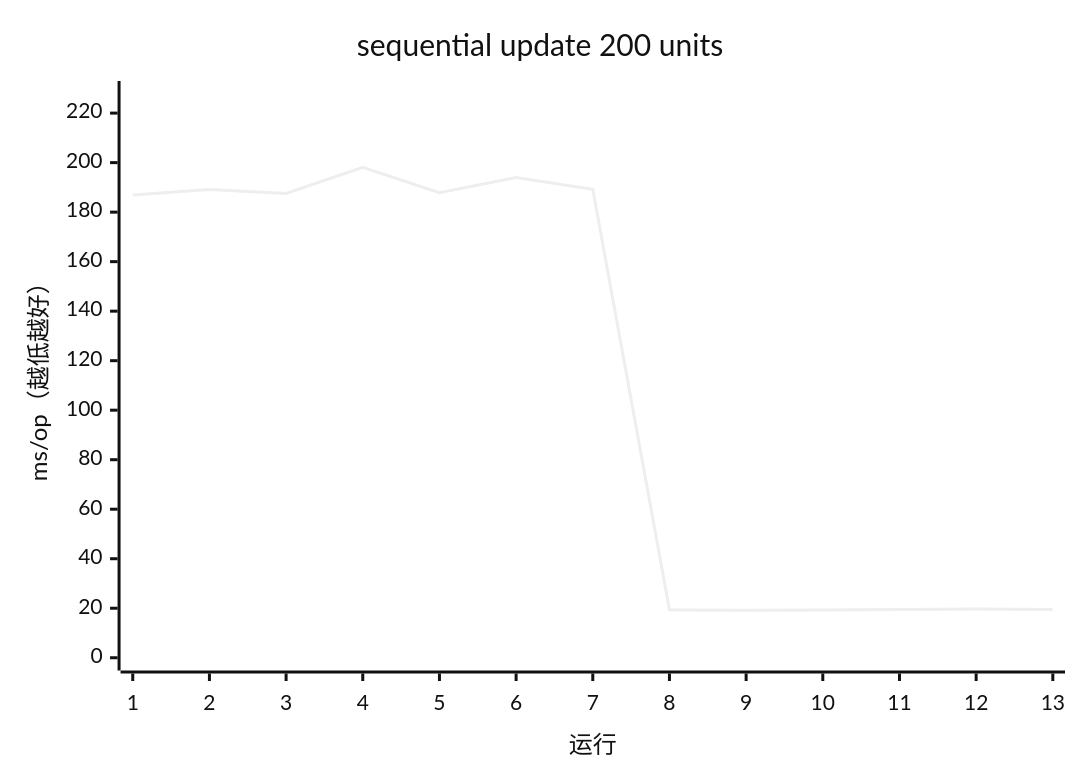
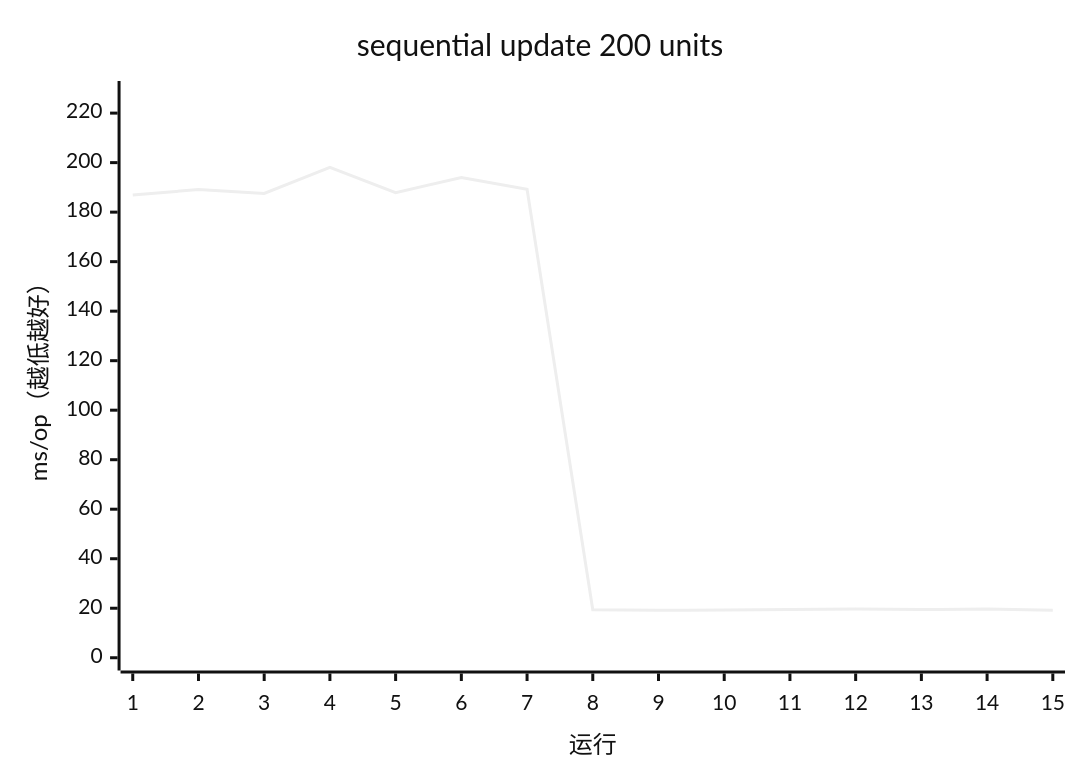
Diagram 11 of 17 in apps/docs/src/content/docs/guides/benchmark.mdx (AIluffy/io), drawn with Mermaid (neutral theme) before and after one commit. The commit also changed other lines of this file and 7 other files, not shown here.

````diff
--- a/apps/docs/src/content/docs/guides/benchmark.mdx
+++ b/apps/docs/src/content/docs/guides/benchmark.mdx
@@ -325,7 +327,7 @@
 ```mermaid
 xychart-beta
   title "sequential update 200 units"
-  x-axis "运行" [1, 2, 3, 4, 5, 6, 7, 8, 9, 10, 11, 12, 13]
+  x-axis "运行" [1, 2, 3, 4, 5, 6, 7, 8, 9, 10, 11, 12, 13, 14, 15]
   y-axis "ms/op（越低越好）" 0 --> 227.822
-  line [186.9116, 189.1437, 187.5276, 198.1061, 187.8507, 193.992, 189.2093, 19.3745, 19.157, 19.247, 19.5097, 19.665, 19.4525]
+  line [186.9116, 189.1437, 187.5276, 198.1061, 187.8507, 193.992, 189.2093, 19.3745, 19.157, 19.247, 19.5097, 19.665, 19.4525, 19.6475, 19.1882]
 ```
````
